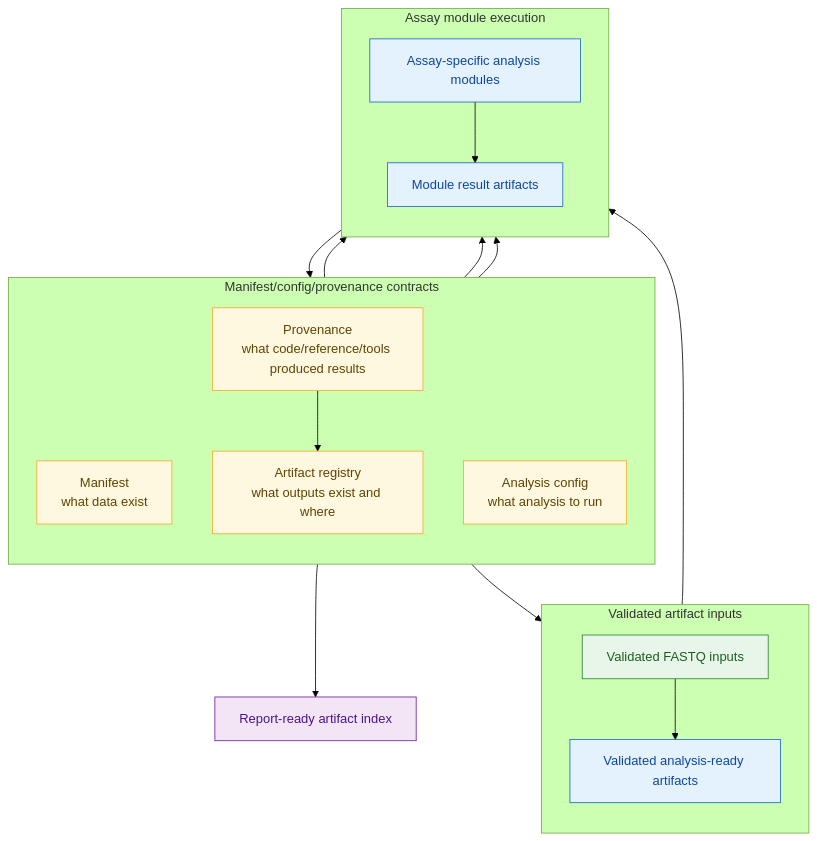
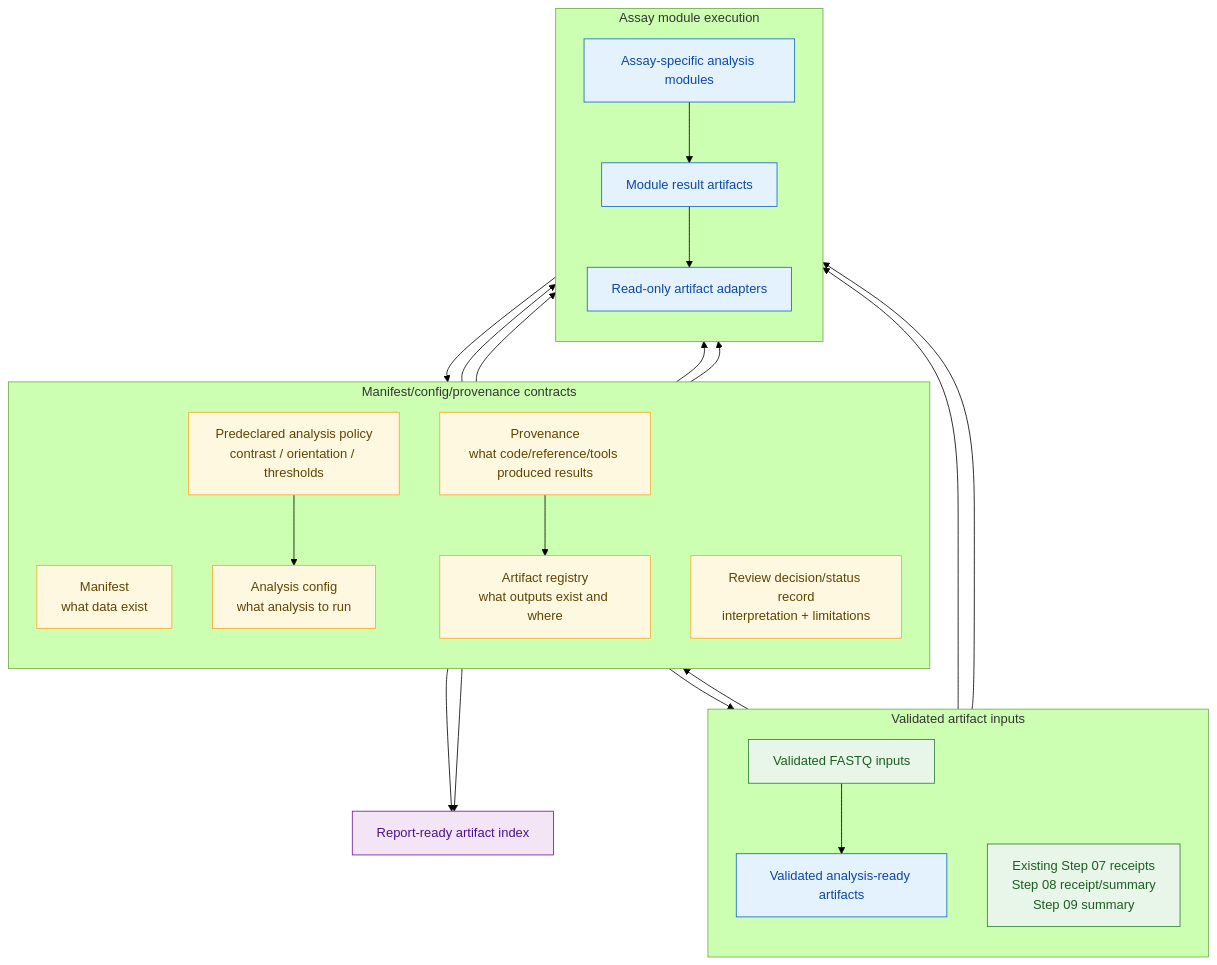
One commit to lab-cats/EMRYS changed the third of 4 diagrams in docs/architecture/FUTURE_ARCHITECTURE.md. Above: the diagram before and after it, drawn with Mermaid (forest theme). The commit also changed other lines of this file and 18 other files, not shown here.

Commit message:
step 09a roadmap docpatch

````diff
--- a/docs/architecture/FUTURE_ARCHITECTURE.md
+++ b/docs/architecture/FUTURE_ARCHITECTURE.md
@@ -81,41 +143,50 @@
 ```mermaid
 flowchart TD
     classDef current fill:#e8f5e9,stroke:#2e7d32,color:#1b5e20
     classDef future fill:#e3f2fd,stroke:#1565c0,color:#0d47a1
     classDef contract fill:#fff8e1,stroke:#f9a825,color:#5f4300
     classDef reporting fill:#f3e5f5,stroke:#6a1b9a,color:#4a148c
 
     subgraph contracts["Manifest/config/provenance contracts"]
         direction TB
         manifest["Manifest<br/>what data exist"]
         config["Analysis config<br/>what analysis to run"]
+        policy["Predeclared analysis policy<br/>contrast / orientation / thresholds"]
+        review["Review decision/status record<br/>interpretation + limitations"]
         provenance["Provenance<br/>what code/reference/tools produced results"]
         registry["Artifact registry<br/>what outputs exist and where"]
     end
 
     subgraph artifacts["Validated artifact inputs"]
         direction TB
         fastqs["Validated FASTQ inputs"]
         ready["Validated analysis-ready artifacts"]
+        existing["Existing Step 07 receipts<br/>Step 08 receipt/summary<br/>Step 09 summary"]
     end
 
     subgraph modules["Assay module execution"]
         direction TB
         module["Assay-specific analysis modules"]
         results["Module result artifacts"]
+        adapters["Read-only artifact adapters"]
     end
 
     manifest --> fastqs --> ready
     manifest --> module
     config --> module
+    policy --> config
+    policy --> module
     ready --> module
     provenance --> module
-    module --> results --> registry
+    module --> results --> adapters --> registry
+    existing --> adapters
+    existing --> review
     provenance --> registry
     registry --> reports["Report-ready artifact index"]
+    review --> reports
 
-    class manifest,config,provenance,registry contract
-    class fastqs current
-    class ready,module,results future
+    class manifest,config,policy,review,provenance,registry contract
+    class fastqs,existing current
+    class ready,module,results,adapters future
     class reports reporting
 ```
````
